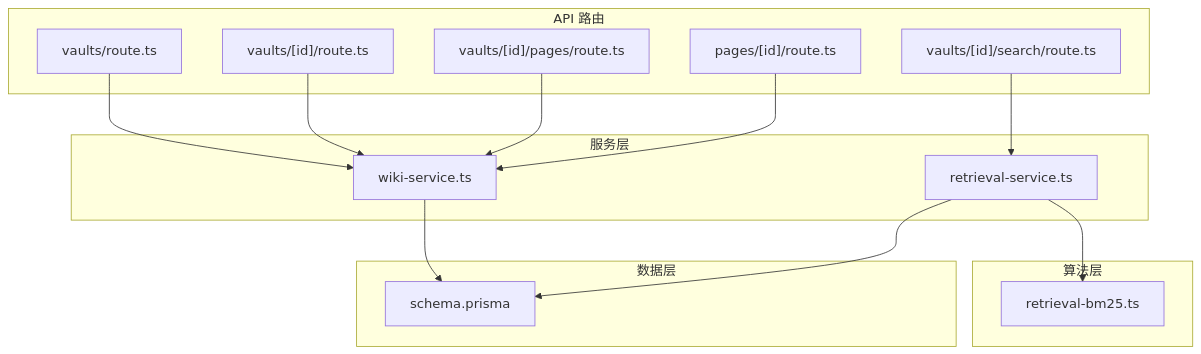
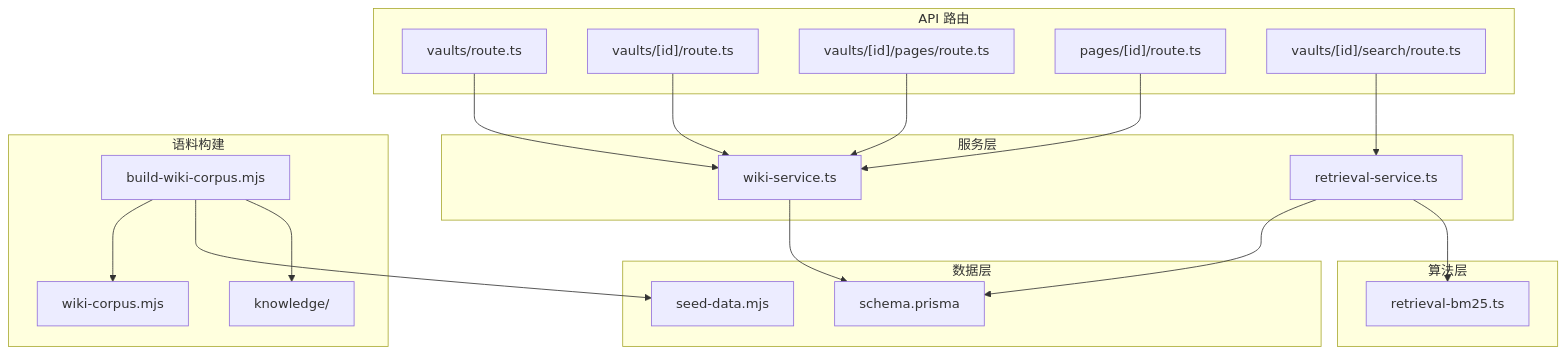
One commit to ai-guru-global/agent-up changed the first of 7 diagrams in .qoder/repowiki/zh/content/知识库系统/知识库系统.md. Above: the diagram before and after it, drawn with Mermaid. The commit also changed other lines of this file and 137 other files, not shown here.

````diff
--- a/.qoder/repowiki/zh/content/知识库系统/知识库系统.md
+++ b/.qoder/repowiki/zh/content/知识库系统/知识库系统.md
@@ -43,28 +56,37 @@
 ```mermaid
 graph TB
 subgraph "API 路由"
 VRoute["vaults/route.ts"]
 VIdRoute["vaults/[id]/route.ts"]
 VPagesRoute["vaults/[id]/pages/route.ts"]
 PIdRoute["pages/[id]/route.ts"]
 SearchRoute["vaults/[id]/search/route.ts"]
 end
 subgraph "服务层"
 WikiSvc["wiki-service.ts"]
 RetrievalSvc["retrieval-service.ts"]
 end
 subgraph "算法层"
 BM25["retrieval-bm25.ts"]
 end
 subgraph "数据层"
 Schema["schema.prisma"]
+SeedData["seed-data.mjs"]
+end
+subgraph "语料构建"
+BuildScript["build-wiki-corpus.mjs"]
+KnowledgeDir["knowledge/"]
+CorpusOutput["wiki-corpus.mjs"]
 end
 VRoute --> WikiSvc
 VIdRoute --> WikiSvc
 VPagesRoute --> WikiSvc
 PIdRoute --> WikiSvc
 SearchRoute --> RetrievalSvc
 RetrievalSvc --> BM25
 WikiSvc --> Schema
 RetrievalSvc --> Schema
+BuildScript --> KnowledgeDir
+BuildScript --> SeedData
+BuildScript --> CorpusOutput
 ```
````
